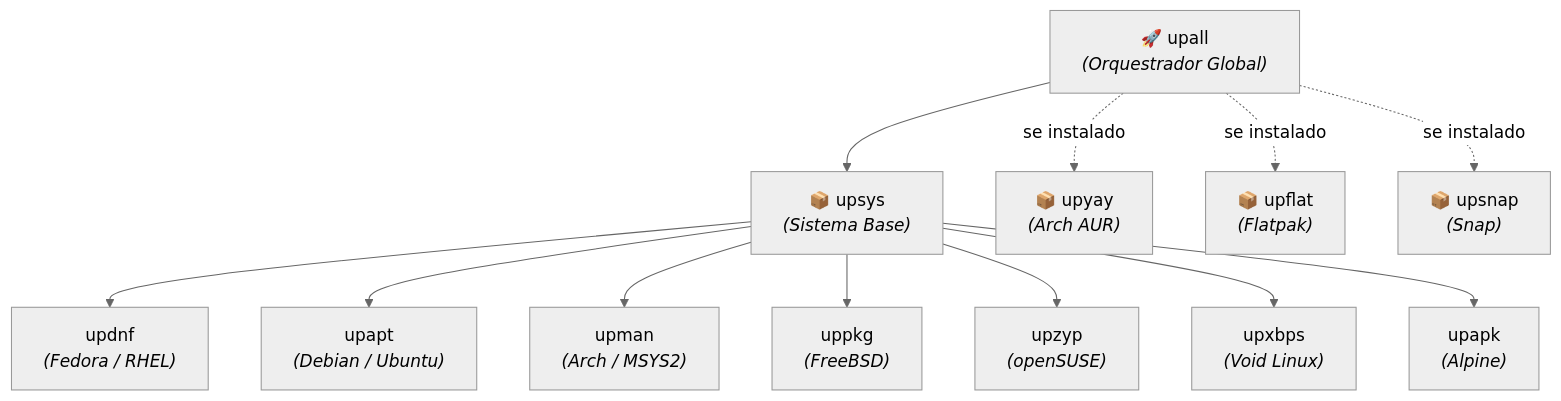
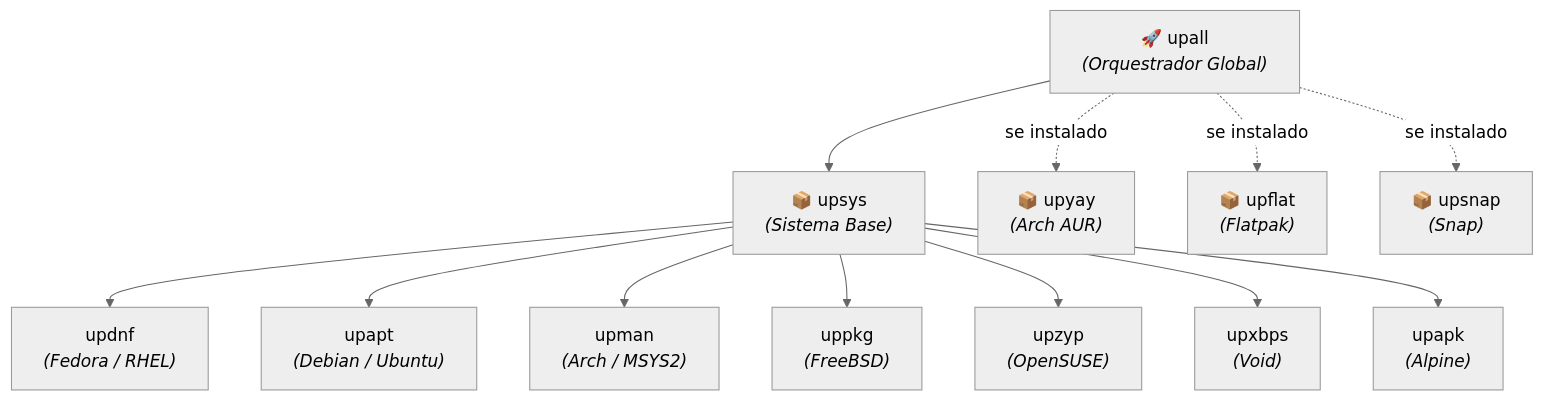
Before and after one commit to GabrielFrigo4/shell: the second of 3 diagrams in README.md, drawn with Mermaid (neutral theme). The commit also changed other lines of this file and 1 other file, not shown here.

Commit message:
Update Functions

````diff
--- a/README.md
+++ b/README.md
@@ -158,18 +158,18 @@
 ```mermaid
 flowchart TD
     UPALL["🚀 upall<br/><i>(Orquestrador Global)</i>"]
     UPSYS["📦 upsys<br/><i>(Sistema Base)</i>"]
 
     UPALL --> UPSYS
     UPALL -.->|se instalado| YAY["📦 upyay<br/><i>(Arch AUR)</i>"]
     UPALL -.->|se instalado| FLAT["📦 upflat<br/><i>(Flatpak)</i>"]
     UPALL -.->|se instalado| SNAP["📦 upsnap<br/><i>(Snap)</i>"]
 
     UPSYS --> DNF["updnf<br/><i>(Fedora / RHEL)</i>"]
     UPSYS --> APT["upapt<br/><i>(Debian / Ubuntu)</i>"]
     UPSYS --> MAN["upman<br/><i>(Arch / MSYS2)</i>"]
     UPSYS --> PKG["uppkg<br/><i>(FreeBSD)</i>"]
-    UPSYS --> ZYP["upzyp<br/><i>(openSUSE)</i>"]
-    UPSYS --> XBPS["upxbps<br/><i>(Void Linux)</i>"]
+    UPSYS --> ZYP["upzyp<br/><i>(OpenSUSE)</i>"]
+    UPSYS --> XBPS["upxbps<br/><i>(Void)</i>"]
     UPSYS --> APK["upapk<br/><i>(Alpine)</i>"]
 ```
````
